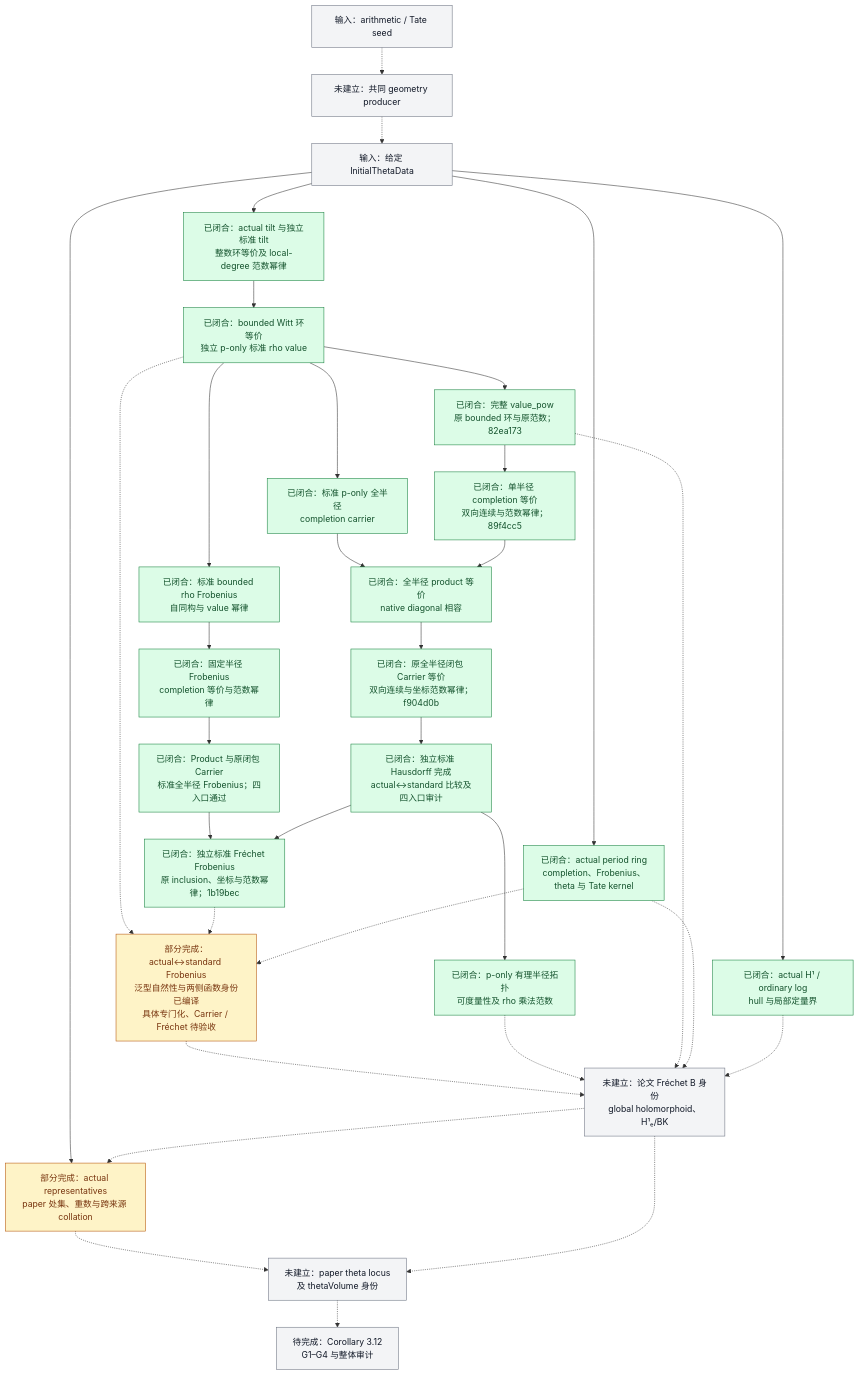
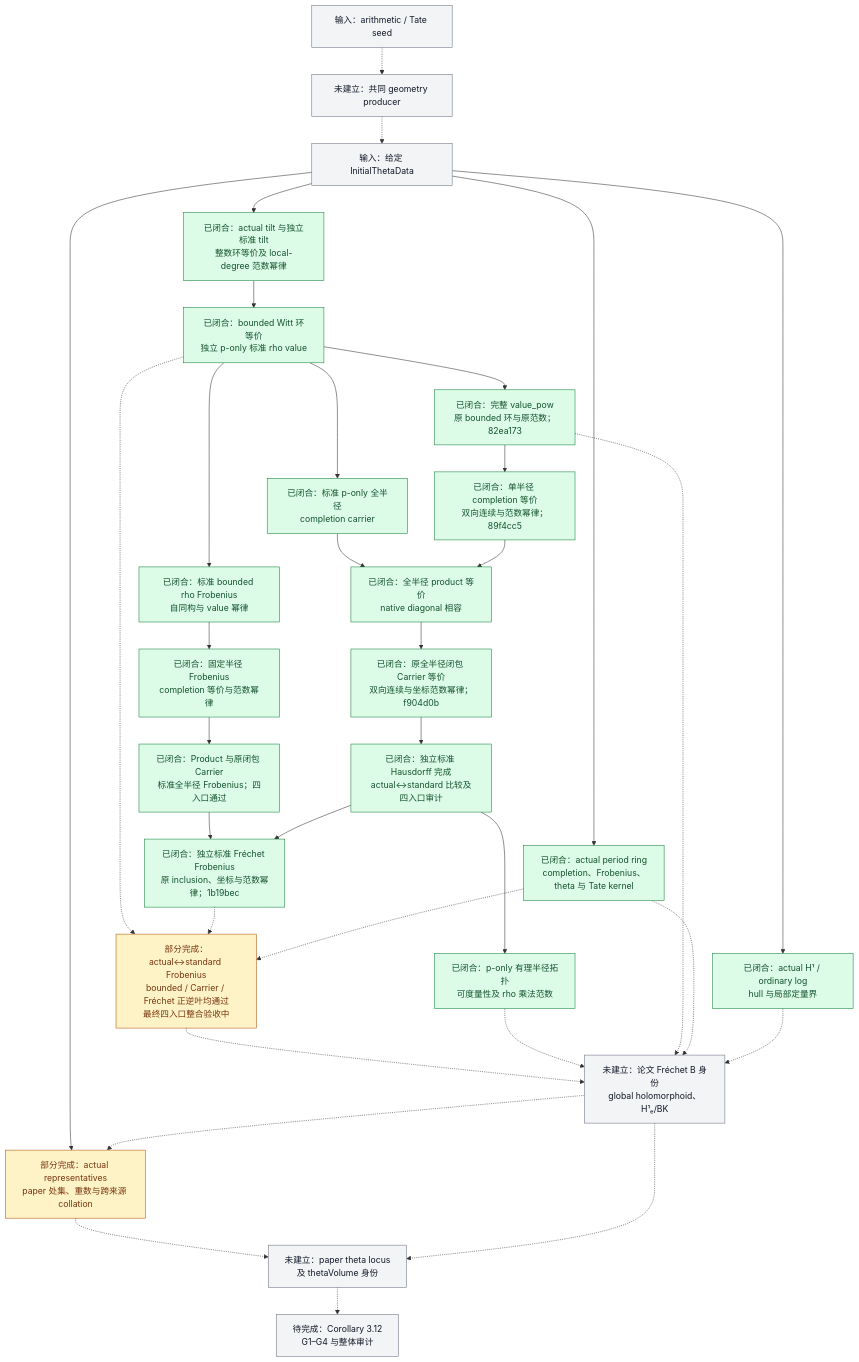
Before and after one commit to Ember-Institute/KirtiJoshi-abc: the diagram in docs/Scene1进度总览.md, drawn with Mermaid. The commit also changed other lines of this file, not shown here.

Commit message:
Refresh Scene1 overview with three-layer Frobenius leaf results

````diff
--- a/docs/Scene1进度总览.md
+++ b/docs/Scene1进度总览.md
@@ -71,66 +71,66 @@
 ```mermaid
 flowchart TD
     S["输入：arithmetic / Tate seed"]
     P["未建立：共同 geometry producer"]
     D["输入：给定 InitialThetaData"]
     T["已闭合：actual tilt 与独立标准 tilt<br/>整数环等价及 local-degree 范数幂律"]
     E["已闭合：bounded Witt 环等价<br/>独立 p-only 标准 rho value"]
     W["已闭合：标准 p-only 全半径<br/>completion carrier"]
     V["已闭合：完整 value_pow<br/>原 bounded 环与原范数；82ea173"]
     Q["已闭合：单半径 completion 等价<br/>双向连续与范数幂律；89f4cc5"]
     U["已闭合：全半径 product 等价<br/>native diagonal 相容"]
     A["已闭合：原全半径闭包 Carrier 等价<br/>双向连续与坐标范数幂律；f904d0b"]
     C0["已闭合：独立标准 Hausdorff 完成<br/>actual↔standard 比较及四入口审计"]
     M["已闭合：p-only 有理半径拓扑<br/>可度量性及 rho 乘法范数"]
     F0["已闭合：标准 bounded rho Frobenius<br/>自同构与 value 幂律"]
     F1["已闭合：固定半径 Frobenius<br/>completion 等价与范数幂律"]
     F2["已闭合：Product 与原闭包 Carrier<br/>标准全半径 Frobenius；四入口通过"]
     F3["已闭合：独立标准 Fréchet Frobenius<br/>原 inclusion、坐标与范数幂律；1b19bec"]
-    FC["部分完成：actual↔standard Frobenius<br/>泛型自然性与两侧函数身份已编译<br/>具体专门化、Carrier / Fréchet 待验收"]
+    FC["部分完成：actual↔standard Frobenius<br/>bounded / Carrier / Fréchet 正逆叶均通过<br/>最终四入口整合验收中"]
     F["已闭合：actual period ring<br/>completion、Frobenius、theta 与 Tate kernel"]
     H["已闭合：actual H¹ / ordinary log<br/>hull 与局部定量界"]
     B["未建立：论文 Fréchet B 身份<br/>global holomorphoid、H¹ₑ/BK"]
     R["部分完成：actual representatives<br/>paper 处集、重数与跨来源 collation"]
     L["未建立：paper theta locus<br/>及 thetaVolume 身份"]
     C["待完成：Corollary 3.12<br/>G1–G4 与整体审计"]
 
     S -.-> P
     P -.-> D
     D --> T
     T --> E
     E --> W
     E --> V
     V --> Q
     W --> U
     Q --> U
     U --> A
     A --> C0
     C0 --> M
     E --> F0
     F0 --> F1
     F1 --> F2
     F2 --> F3
     C0 --> F3
     E -.-> FC
     F3 -.-> FC
     F -.-> FC
     FC -.-> B
     M -.-> B
     D --> F
     D --> H
     V -.-> B
     F -.-> B
     H -.-> B
     D --> R
     B -.-> R
     R -.-> L
     B -.-> L
     L -.-> C
 
     classDef done fill:#dcfce7,stroke:#15803d,color:#14532d;
     classDef partial fill:#fef3c7,stroke:#b45309,color:#78350f;
     classDef open fill:#f3f4f6,stroke:#6b7280,color:#111827;
     class T,E,W,V,Q,U,A,C0,M,F0,F1,F2,F3,F,H done;
     class R,FC partial;
     class S,D,P,B,L,C open;
 ```
````
